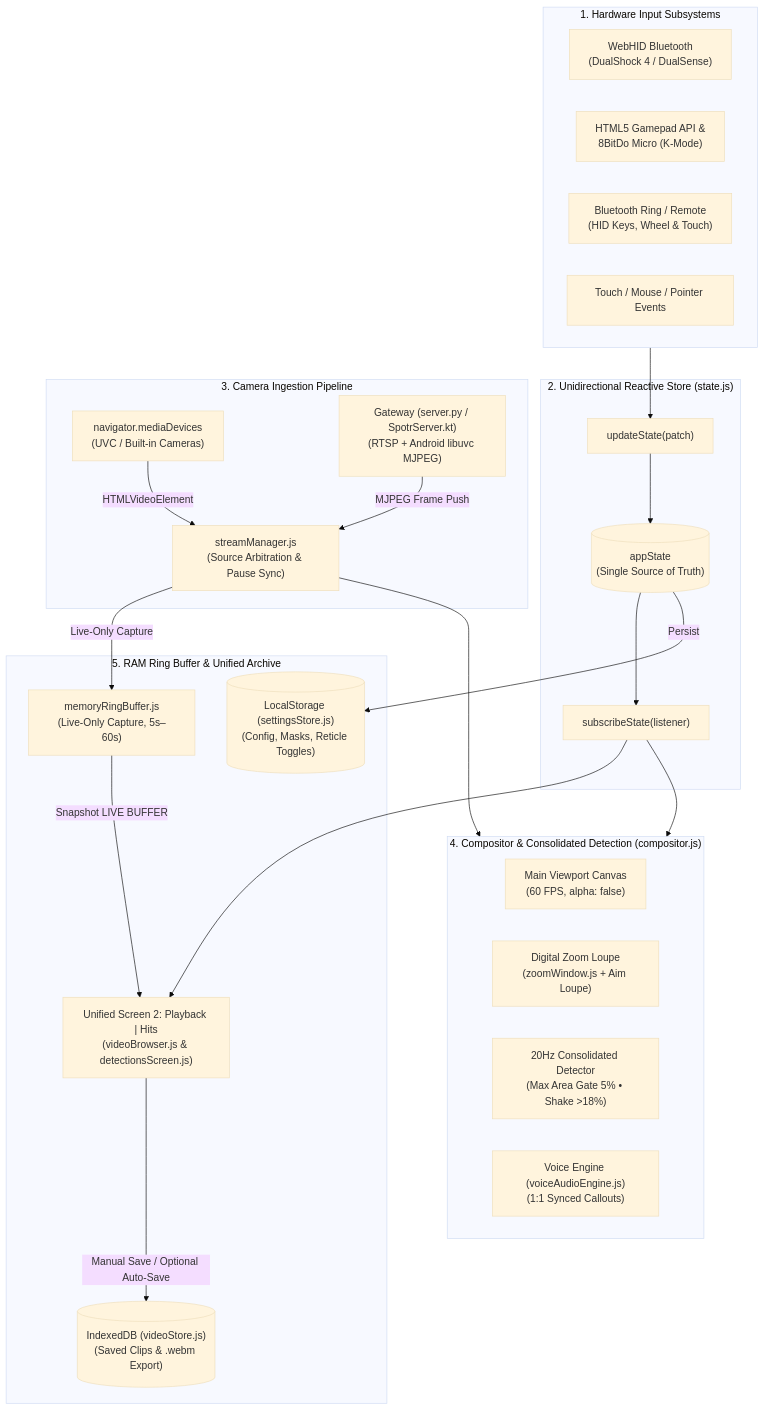
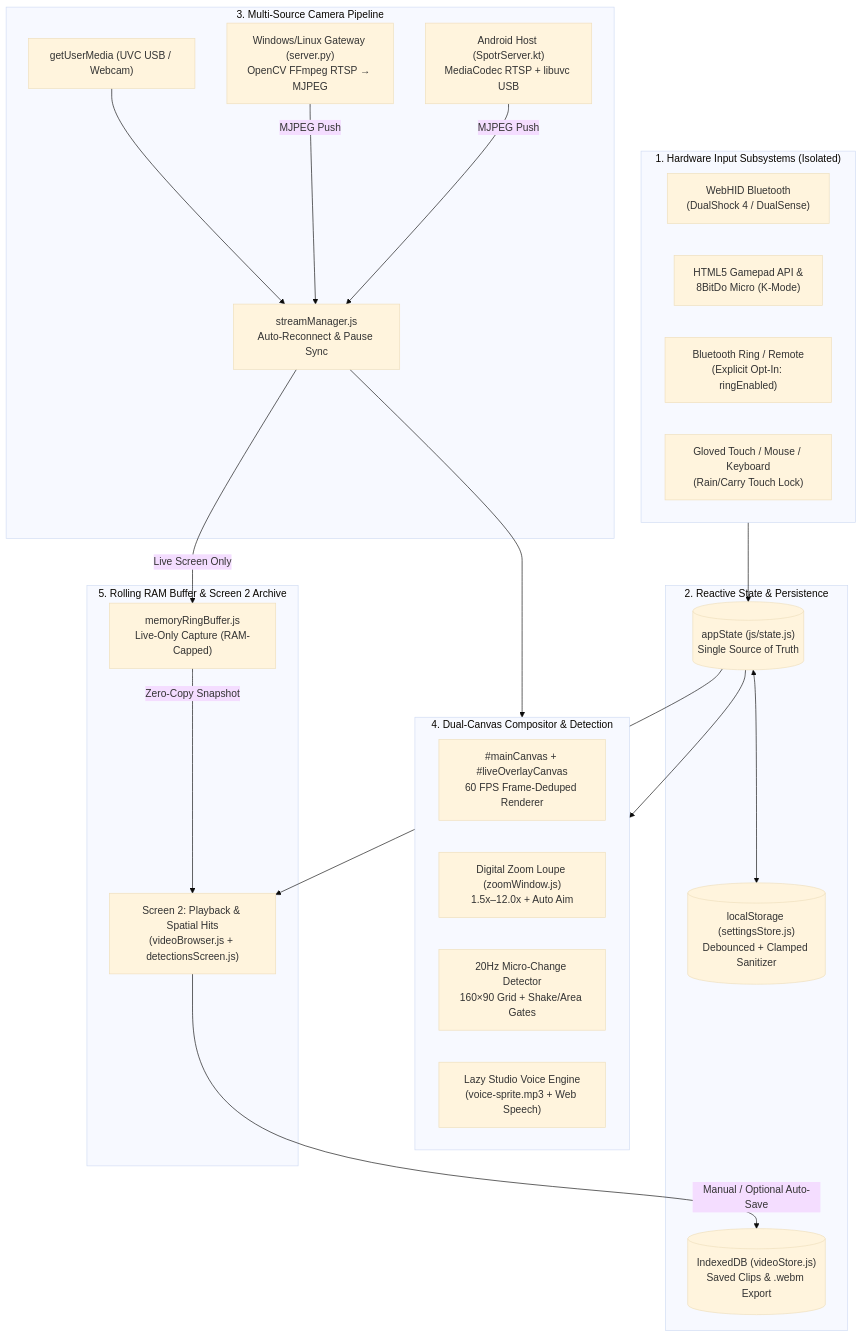
The first of 2 diagrams in docs/ARCHITECTURE.md (animaniac3k/EagleVision), drawn with Mermaid (base theme) before and after one commit. The commit also changed other lines of this file and 58 other files, not shown here.

````diff
--- a/docs/ARCHITECTURE.md
+++ b/docs/ARCHITECTURE.md
@@ -27,48 +19,46 @@
 ```mermaid
 flowchart TD
-    subgraph Inputs["1. Hardware Input Subsystems"]
+    subgraph Inputs["1. Hardware Input Subsystems (Isolated)"]
         BT["WebHID Bluetooth<br/>(DualShock 4 / DualSense)"]
         GP["HTML5 Gamepad API &<br/>8BitDo Micro (K-Mode)"]
-        RING["Bluetooth Ring / Remote<br/>(HID Keys, Wheel & Touch)"]
-        MOUSE["Touch / Mouse / Pointer Events"]
+        RING["Bluetooth Ring / Remote<br/>(Explicit Opt-In: ringEnabled)"]
+        TOUCH["Gloved Touch / Mouse / Keyboard<br/>(Rain/Carry Touch Lock)"]
     end
 
-    subgraph Store["2. Unidirectional Reactive Store (state.js)"]
-        STATE[("appState<br/>(Single Source of Truth)")]
-        UPDATE["updateState(patch)"]
-        SUB["subscribeState(listener)"]
+    subgraph Store["2. Reactive State & Persistence"]
+        STATE[("appState (js/state.js)<br/>Single Source of Truth")]
+        LOCAL[("localStorage (settingsStore.js)<br/>Debounced + Clamped Sanitizer")]
+        IDB[("IndexedDB (videoStore.js)<br/>Saved Clips & .webm Export")]
     end
 
-    subgraph CameraEngine["3. Camera Ingestion Pipeline"]
-        MEDIA["navigator.mediaDevices<br/>(UVC / Built-in Cameras)"]
-        GW["Gateway (server.py / SpotrServer.kt)<br/>(RTSP + Android libuvc MJPEG)"]
-        STREAM["streamManager.js<br/>(Source Arbitration & Pause Sync)"]
+    subgraph Ingestion["3. Multi-Source Camera Pipeline"]
+        UVC_WEB["getUserMedia (UVC USB / Webcam)"]
+        GW_WIN["Windows/Linux Gateway (server.py)<br/>OpenCV FFmpeg RTSP → MJPEG"]
+        GW_AND["Android Host (SpotrServer.kt)<br/>MediaCodec RTSP + libuvc USB"]
+        SM["streamManager.js<br/>Auto-Reconnect & Pause Sync"]
     end
 
-    subgraph CompositorEngine["4. Compositor & Consolidated Detection (compositor.js)"]
-        MAIN_C["Main Viewport Canvas<br/>(60 FPS, alpha: false)"]
-        PIP_C["Digital Zoom Loupe<br/>(zoomWindow.js + Aim Loupe)"]
-        HEAT["20Hz Consolidated Detector<br/>(Max Area Gate 5% • Shake >18%)"]
-        AUDIO["Voice Engine (voiceAudioEngine.js)<br/>(1:1 Synced Callouts)"]
+    subgraph Engine["4. Dual-Canvas Compositor & Detection"]
+        MAIN_C["#mainCanvas + #liveOverlayCanvas<br/>60 FPS Frame-Deduped Renderer"]
+        PIP["Digital Zoom Loupe (zoomWindow.js)<br/>1.5x–12.0x + Auto Aim"]
+        HEAT["20Hz Micro-Change Detector<br/>160×90 Grid + Shake/Area Gates"]
+        VOICE["Lazy Studio Voice Engine<br/>(voice-sprite.mp3 + Web Speech)"]
     end
 
-    subgraph MemoryEngine["5. RAM Ring Buffer & Unified Archive"]
-        RAM["memoryRingBuffer.js<br/>(Live-Only Capture, 5s–60s)"]
-        PLAYBACK["Unified Screen 2: Playback | Hits<br/>(videoBrowser.js & detectionsScreen.js)"]
-        IDB[("IndexedDB (videoStore.js)<br/>(Saved Clips & .webm Export)")]
-        LOCAL[("LocalStorage (settingsStore.js)<br/>(Config, Masks, Reticle Toggles)")]
+    subgraph Archive["5. Rolling RAM Buffer & Screen 2 Archive"]
+        RAM["memoryRingBuffer.js<br/>Live-Only Capture (RAM-Capped)"]
+        PLAY["Screen 2: Playback & Spatial Hits<br/>(videoBrowser.js + detectionsScreen.js)"]
     end
 
-    Inputs --> UPDATE
-    GW -->|MJPEG Frame Push| STREAM
-    MEDIA -->|HTMLVideoElement| STREAM
-    STREAM --> CompositorEngine
-    STREAM -->|Live-Only Capture| RAM
-    UPDATE --> STATE
-    STATE --> SUB
-    SUB --> CompositorEngine
-    SUB --> PLAYBACK
-    RAM -->|Snapshot LIVE BUFFER| PLAYBACK
-    PLAYBACK -->|Manual Save / Optional Auto-Save| IDB
-    STATE -->|Persist| LOCAL
+    Inputs --> STATE
+    UVC_WEB --> SM
+    GW_WIN -->|MJPEG Push| SM
+    GW_AND -->|MJPEG Push| SM
+    SM --> Engine
+    SM -->|Live Screen Only| RAM
+    STATE <--> LOCAL
+    STATE --> Engine
+    STATE --> PLAY
+    RAM -->|Zero-Copy Snapshot| PLAY
+    PLAY -->|Manual / Optional Auto-Save| IDB
 ```
````
